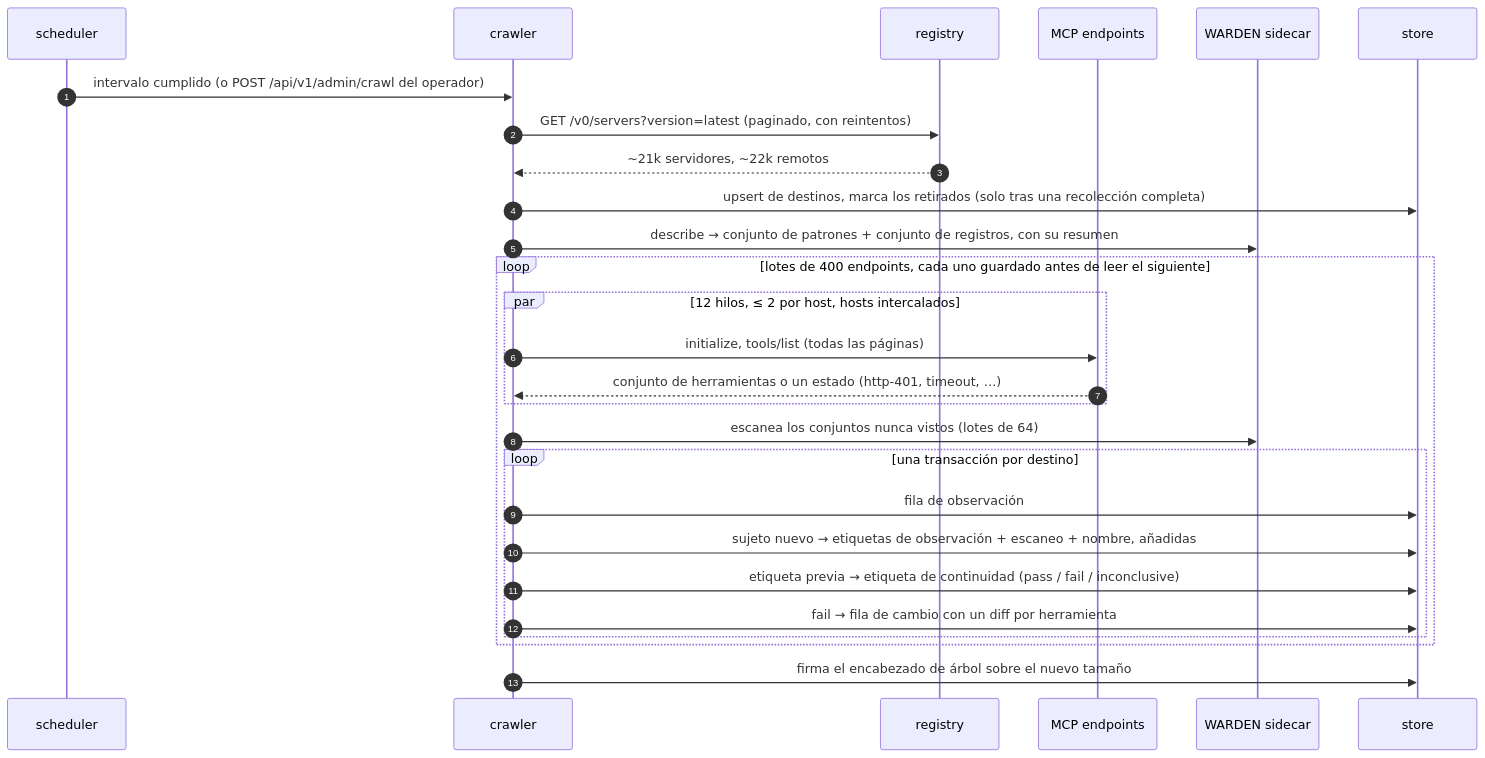
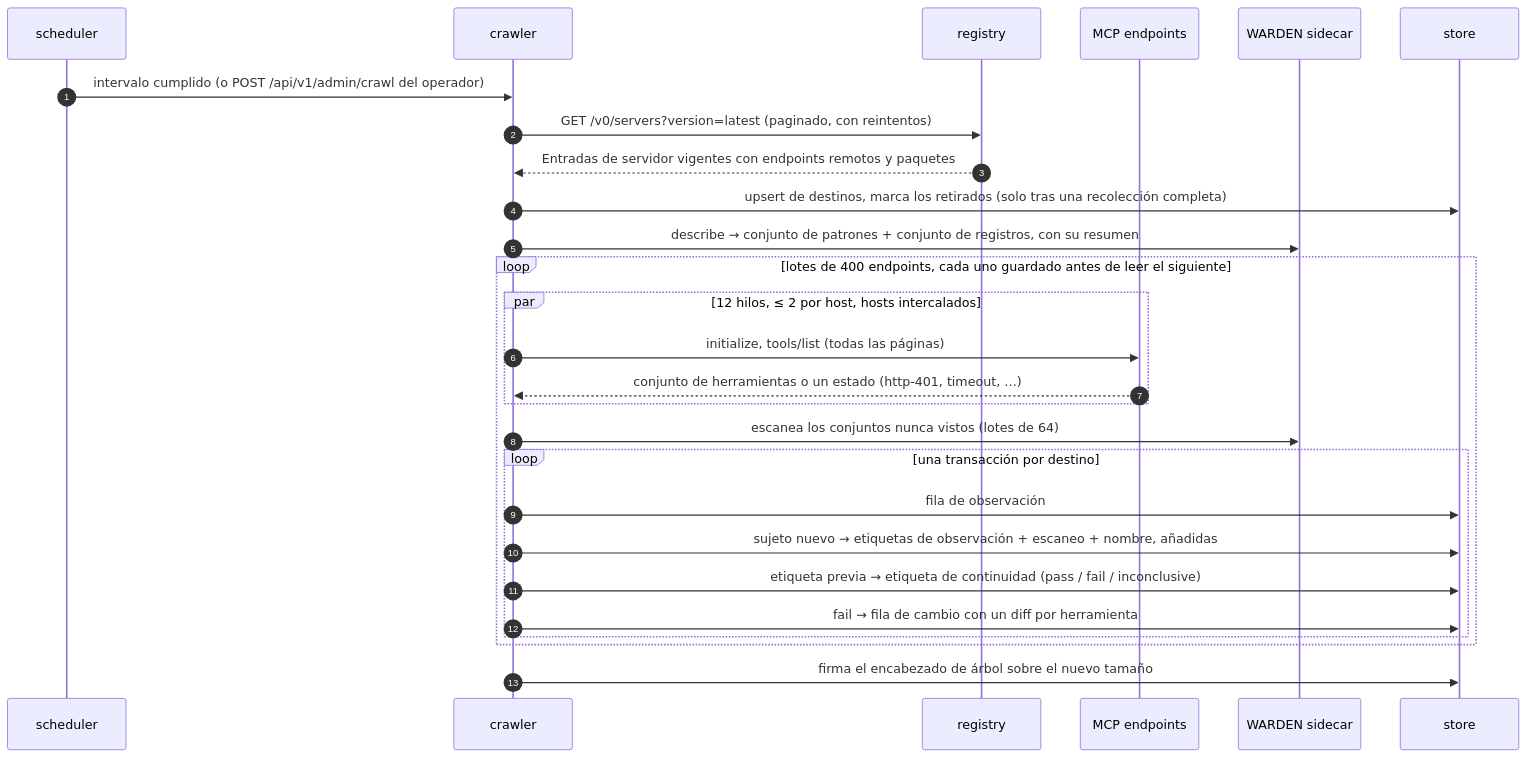
One commit to alexar76/histor changed the second of 4 diagrams in docs/architecture.es.md. Above: the diagram before and after it, drawn with Mermaid. The commit also changed other lines of this file and 42 other files, not shown here.

````diff
--- a/docs/architecture.es.md
+++ b/docs/architecture.es.md
@@ -59,29 +59,29 @@
 ```mermaid
 sequenceDiagram
     autonumber
     participant S as scheduler
     participant C as crawler
     participant R as registry
     participant M as MCP endpoints
     participant W as WARDEN sidecar
     participant DB as store
     S->>C: intervalo cumplido (o POST /api/v1/admin/crawl del operador)
     C->>R: GET /v0/servers?version=latest (paginado, con reintentos)
-    R-->>C: ~21k servidores, ~22k remotos
+    R-->>C: Entradas de servidor vigentes con endpoints remotos y paquetes
     C->>DB: upsert de destinos, marca los retirados (solo tras una recolección completa)
     C->>W: describe → conjunto de patrones + conjunto de registros, con su resumen
     loop lotes de 400 endpoints, cada uno guardado antes de leer el siguiente
     par 12 hilos, ≤ 2 por host, hosts intercalados
         C->>M: initialize, tools/list (todas las páginas)
         M-->>C: conjunto de herramientas o un estado (http-401, timeout, …)
     end
     C->>W: escanea los conjuntos nunca vistos (lotes de 64)
     loop una transacción por destino
         C->>DB: fila de observación
         C->>DB: sujeto nuevo → etiquetas de observación + escaneo + nombre, añadidas
         C->>DB: etiqueta previa → etiqueta de continuidad (pass / fail / inconclusive)
         C->>DB: fail → fila de cambio con un diff por herramienta
     end
     end
     C->>DB: firma el encabezado de árbol sobre el nuevo tamaño
 ```
````
